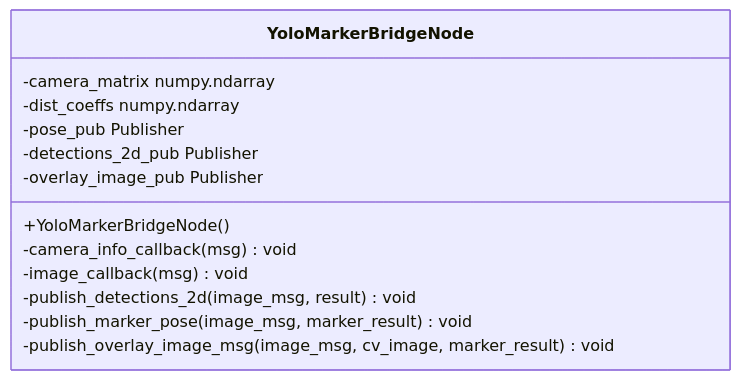
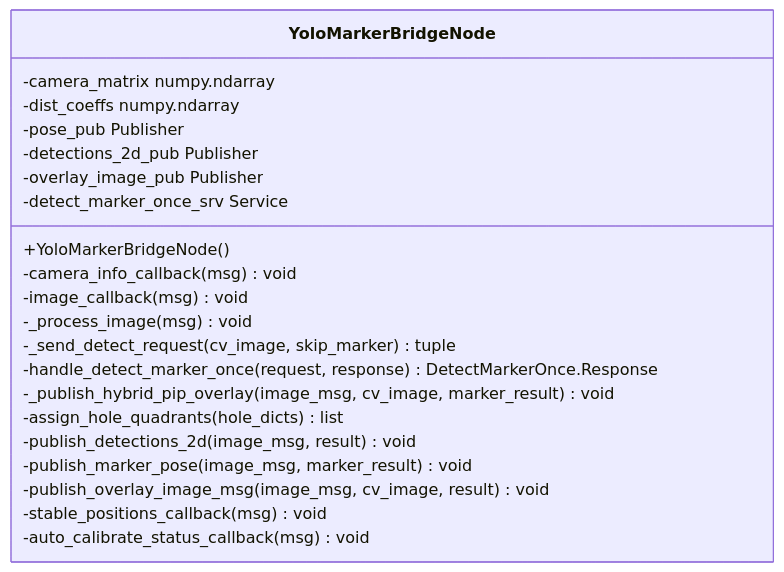
Before and after one commit to tesarect/aruco_visual_calibration: the diagram in resources/docs/class_docs/aruco_perception_yolo_bridge.md, drawn with Mermaid. The commit also changed other lines of this file and 21 other files, not shown here.

````diff
--- a/resources/docs/class_docs/aruco_perception_yolo_bridge.md
+++ b/resources/docs/class_docs/aruco_perception_yolo_bridge.md
@@ -28,16 +28,24 @@
 ```mermaid
 classDiagram
     class YoloMarkerBridgeNode {
         +YoloMarkerBridgeNode()
         -camera_info_callback(msg) void
         -image_callback(msg) void
+        -_process_image(msg) void
+        -_send_detect_request(cv_image, skip_marker) tuple
+        -handle_detect_marker_once(request, response) DetectMarkerOnce.Response
+        -_publish_hybrid_pip_overlay(image_msg, cv_image, marker_result) void
+        -assign_hole_quadrants(hole_dicts) list
         -publish_detections_2d(image_msg, result) void
         -publish_marker_pose(image_msg, marker_result) void
-        -publish_overlay_image_msg(image_msg, cv_image, marker_result) void
+        -publish_overlay_image_msg(image_msg, cv_image, result) void
+        -stable_positions_callback(msg) void
+        -auto_calibrate_status_callback(msg) void
         -camera_matrix numpy.ndarray
         -dist_coeffs numpy.ndarray
         -pose_pub Publisher
         -detections_2d_pub Publisher
         -overlay_image_pub Publisher
+        -detect_marker_once_srv Service
     }
 ```
````
